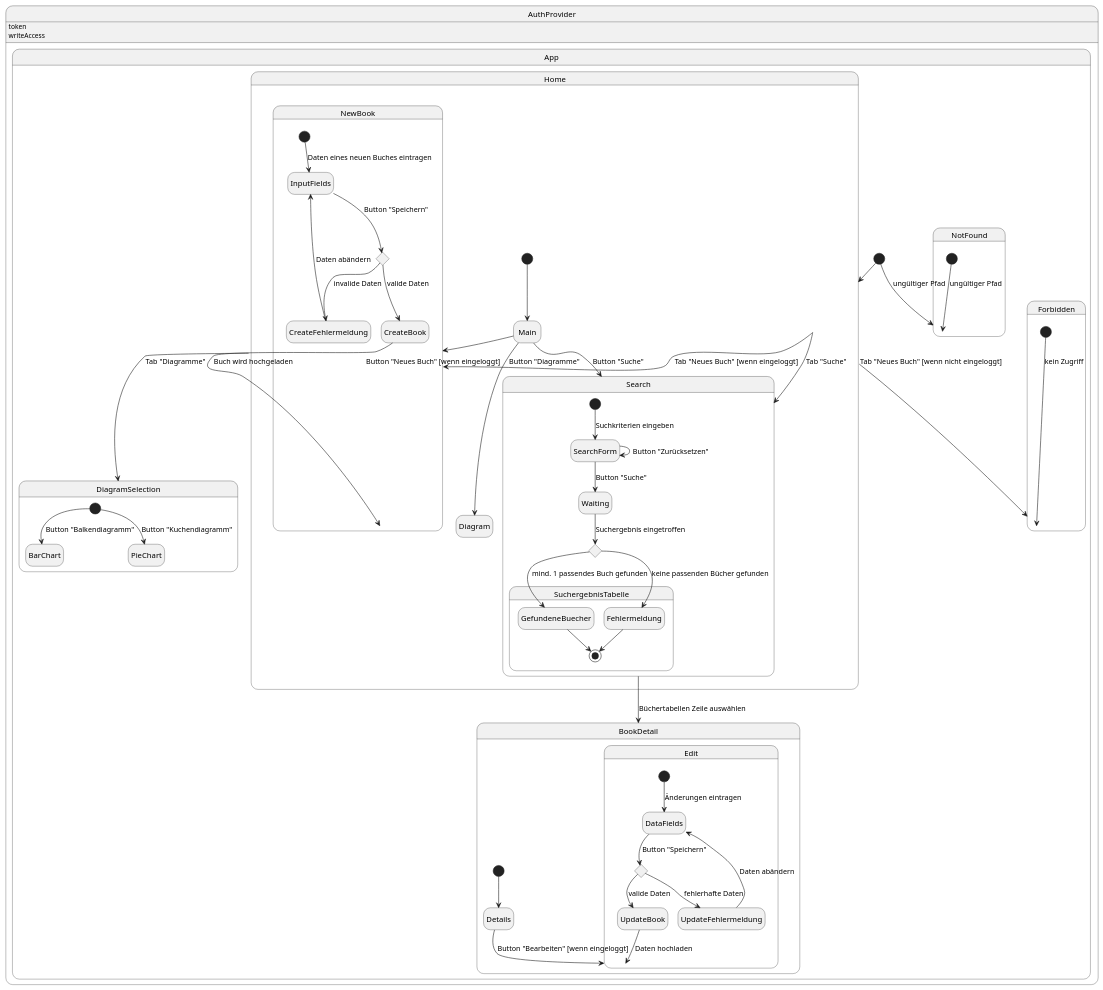
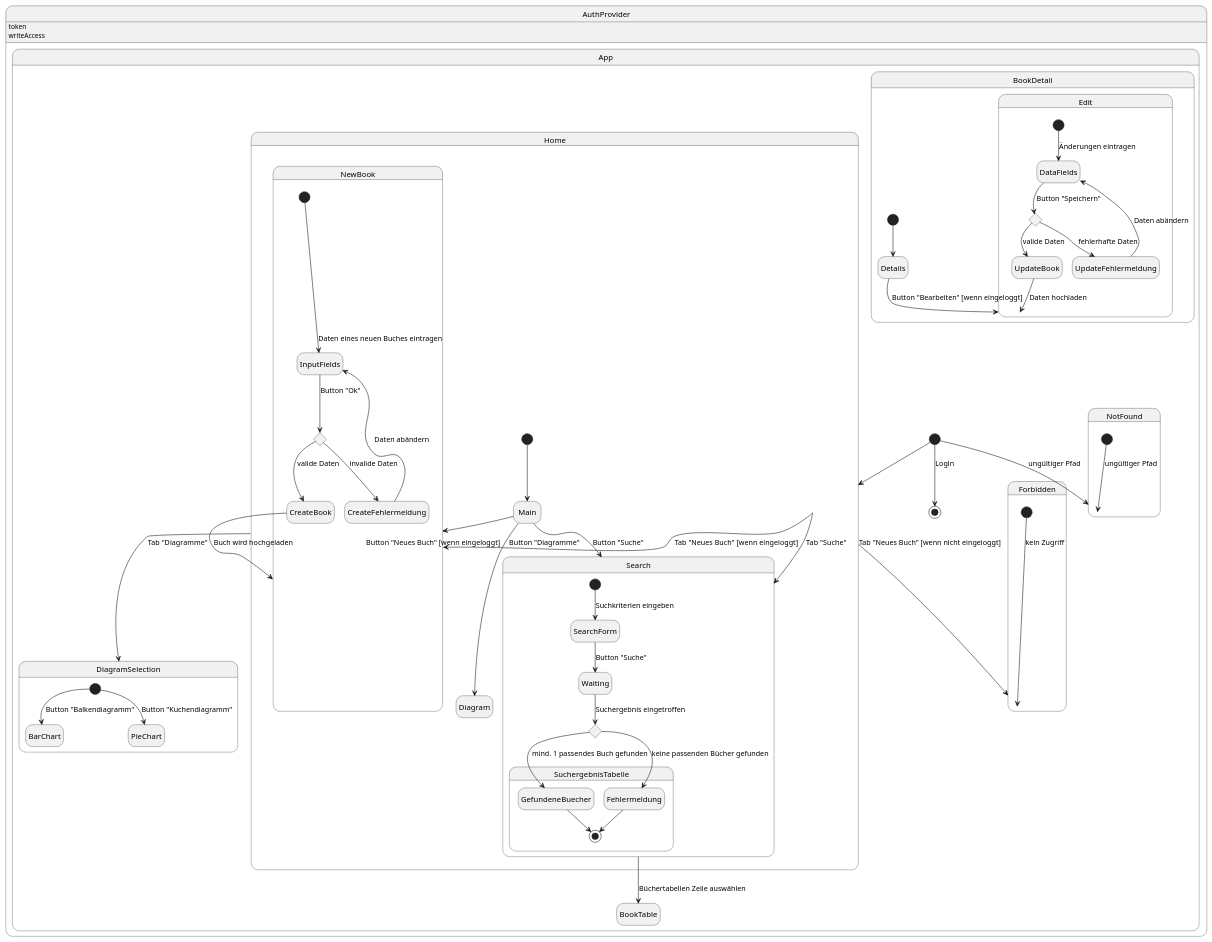
The diagram in .extras/doc/zustandsdiagramm.plantuml (marius-a-mueller/buchweb), drawn with PlantUML before and after one commit.

Commit message:
Statediagram

```diff
--- a/.extras/doc/zustandsdiagramm.plantuml
+++ b/.extras/doc/zustandsdiagramm.plantuml
@@ -1,85 +1,84 @@
 @startuml Zustandsdiagramm
 ' Preview durch <Alt>d
 
 hide empty description
 
 state AuthProvider {
   AuthProvider : token
   AuthProvider : writeAccess
 
   state App {
+    [*]--> [*]: Login
     [*] --> Home
 
     state Home {
       [*] --> Main
       Main -down-> Search : Button "Suche"
       Main -down-> NewBook : Button "Neues Buch" [wenn eingeloggt]
       Main -down-> Diagram : Button "Diagramme"
     }
 
     state Search {
       [*] --> SearchForm: Suchkriterien eingeben
       SearchForm --> Waiting: Button "Suche"
-      SearchForm --> SearchForm: Button "Zurücksetzen"
-
       state SearchChoice <<choice>>
       Waiting --> SearchChoice: Suchergebnis eingetroffen
 
       state SuchergebnisTabelle {
         SearchChoice --> GefundeneBuecher: mind. 1 passendes Buch gefunden
         SearchChoice --> Fehlermeldung: keine passenden Bücher gefunden
         Fehlermeldung --> [*]
         GefundeneBuecher --> [*]
       }
     }
 
-    Search --> BookDetail: Büchertabellen Zeile auswählen
+    Search --> BookTable: Büchertabellen Zeile auswählen
 
     state BookDetail {
       [*] --> Details
       Details --> Edit: Button "Bearbeiten" [wenn eingeloggt]
     }
 
     state Edit {
       [*] --> DataFields: Änderungen eintragen
       state UpdateChoice <<choice>>
       DataFields --> UpdateChoice: Button "Speichern"
       UpdateChoice --> UpdateBook: valide Daten
       UpdateChoice --> UpdateFehlermeldung: fehlerhafte Daten
       UpdateBook --> Edit: Daten hochladen
       UpdateFehlermeldung --> DataFields: Daten abändern
     }
 
     state NewBook {
       [*] --> InputFields: Daten eines neuen Buches eintragen
       state AddChoice <<choice>>
-      InputFields --> AddChoice: Button "Speichern"
+      InputFields --> AddChoice: Button "Ok"
       AddChoice --> CreateBook: valide Daten
       AddChoice --> CreateFehlermeldung: invalide Daten
       CreateBook --> NewBook: Buch wird hochgeladen
       CreateFehlermeldung --> InputFields: Daten abändern
     }
 
     state DiagramSelection {
       [*] --> BarChart: Button "Balkendiagramm"
       [*] --> PieChart: Button "Kuchendiagramm"
     }
 
     state NotFound {
       [*] --> NotFound: ungültiger Pfad
     }
 
     state Forbidden {
       [*] --> Forbidden: kein Zugriff
     }
 
     Home -down-> Search: Tab "Suche"
     Home -down-> NewBook: Tab "Neues Buch" [wenn eingeloggt]
     Home -down-> DiagramSelection: Tab "Diagramme"
     Home -down-> Forbidden: Tab "Neues Buch" [wenn nicht eingeloggt]
 
     [*] --> NotFound: ungültiger Pfad
   }
 }
 
 @enduml
```
